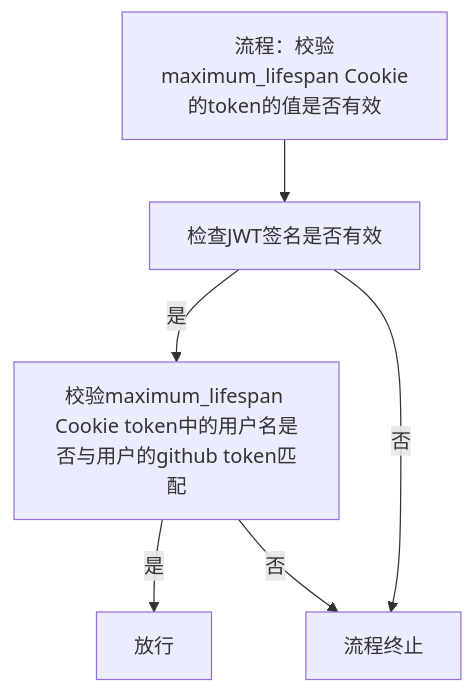
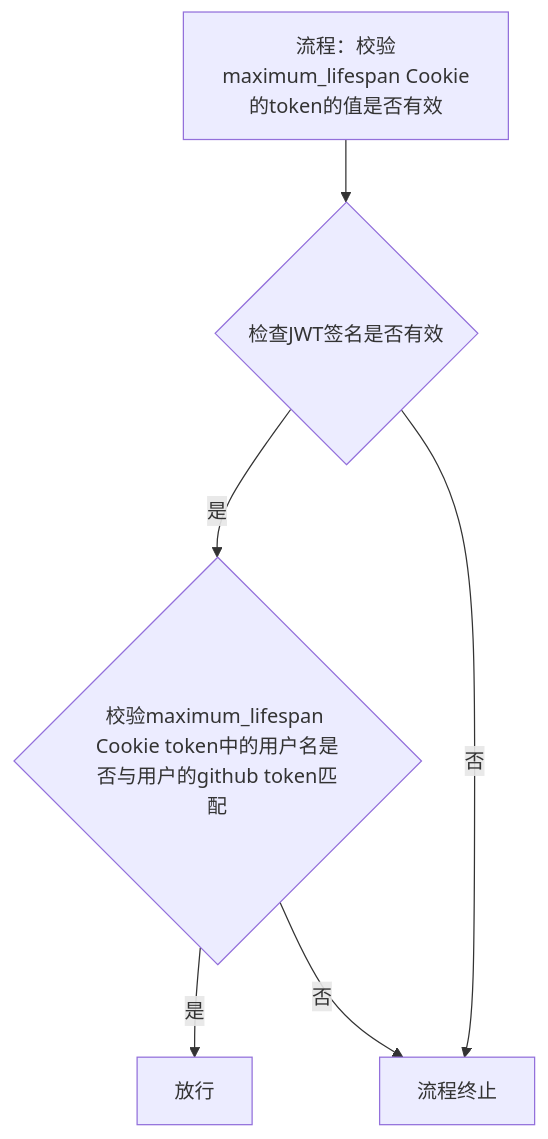
The second of 4 diagrams in docs/滑动登录开发需求及手册.md (zitzhen/CoCo-Community), drawn with Mermaid before and after one commit. The commit also changed other lines of this file, not shown here.

````diff
--- a/docs/滑动登录开发需求及手册.md
+++ b/docs/滑动登录开发需求及手册.md
@@ -118,9 +118,9 @@
 ```mermaid
 flowchart TD
-A[流程：校验maximum_lifespan Cookie的token的值是否有效]-->B[检查JWT签名是否有效]
-B --> |是| D[校验maximum_lifespan Cookie token中的用户名是否与用户的github token匹配]
+A[流程：校验maximum_lifespan Cookie的token的值是否有效]-->B{检查JWT签名是否有效}
+B --> |是| D{校验maximum_lifespan Cookie token中的用户名是否与用户的github token匹配}
 B -->|否| E[流程终止]
 D -->|是| F[放行]
 D -->|否| E[流程终止]
 
 ```
````
